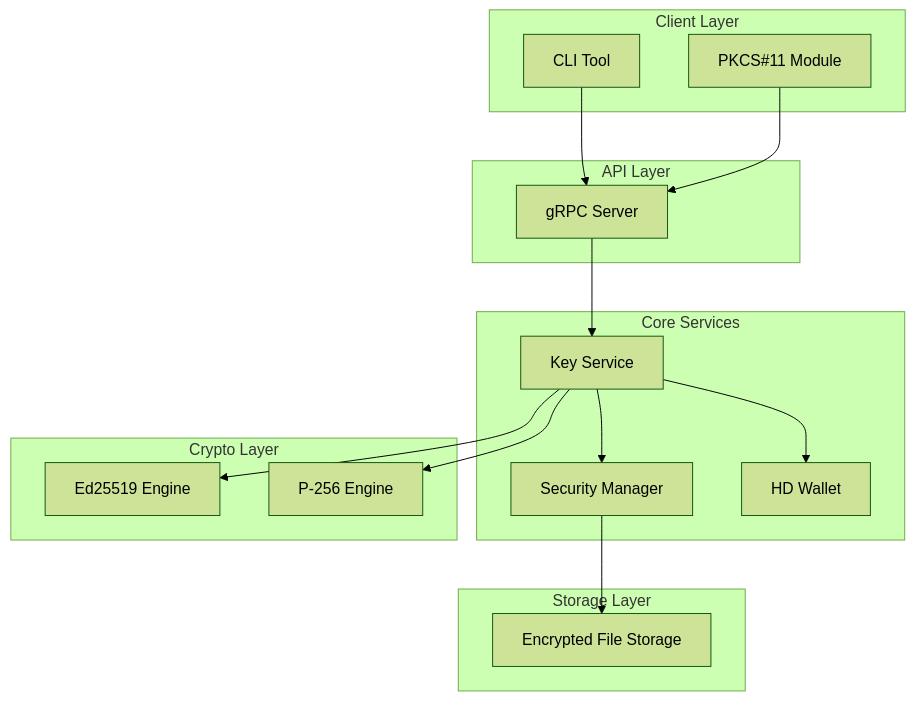
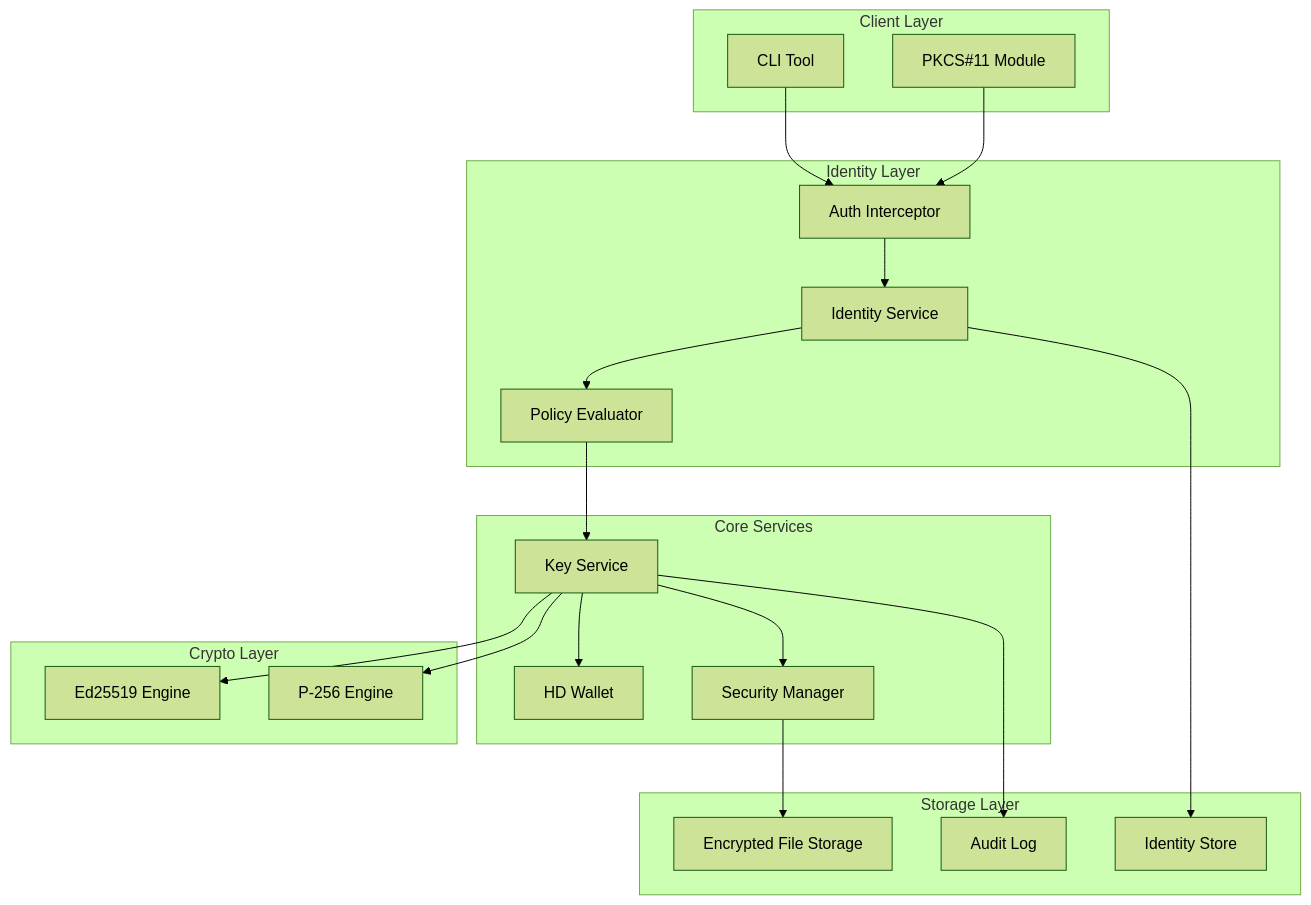
The first of 4 diagrams in docs/ARCHITECTURE.md (ehanoc/softKMS), drawn with Mermaid (forest theme) before and after one commit. The commit also changed other lines of this file and 23 other files, not shown here.

Commit message:
docs: Auth, Identity, Role and Access Policies. Humans, Agents, Services. chore: fix tests

````diff
--- a/docs/ARCHITECTURE.md
+++ b/docs/ARCHITECTURE.md
@@ -17,35 +18,43 @@
 ```mermaid
 flowchart TB
     subgraph "Client Layer"
         CLI[CLI Tool]
         PKCS[PKCS#11 Module]
     end
     
-    subgraph "API Layer"
-        GRPC[gRPC Server]
+    subgraph "Identity Layer"
+        AUTH[Auth Interceptor]
+        ID[Identity Service]
+        POL[Policy Evaluator]
     end
     
     subgraph "Core Services"
         KS[Key Service]
         SEC[Security Manager]
         HD[HD Wallet]
     end
     
     subgraph "Crypto Layer"
         ED[Ed25519 Engine]
         P256[P-256 Engine]
     end
     
     subgraph "Storage Layer"
         FS[Encrypted File Storage]
+        IDSTORE[Identity Store]
+        AUDIT[Audit Log]
     end
     
-    CLI --> GRPC
-    PKCS --> GRPC
-    GRPC --> KS
+    CLI --> AUTH
+    PKCS --> AUTH
+    AUTH --> ID
+    ID --> POL
+    POL --> KS
     KS --> ED
     KS --> P256
     KS --> HD
     KS --> SEC
     SEC --> FS
+    ID --> IDSTORE
+    KS --> AUDIT
 ```
````
